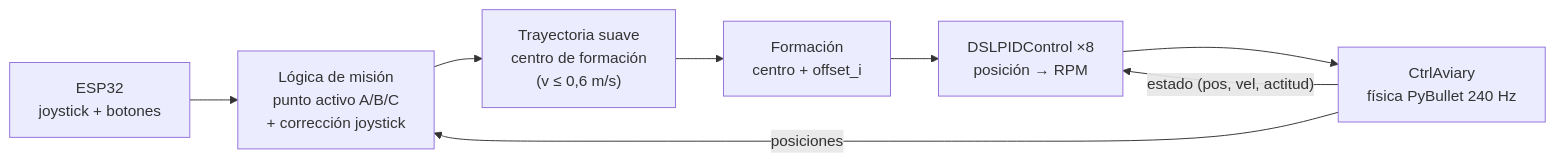
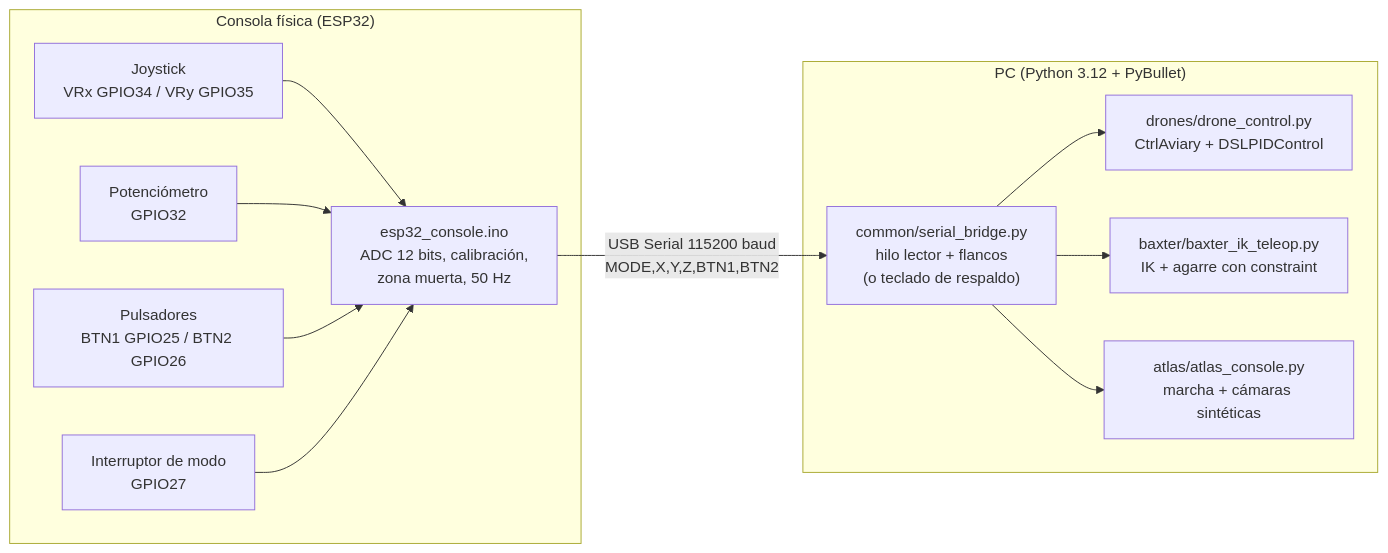
One commit to estjuandcastaneda-06/Taller-corte-2 changed the first of 2 diagrams in README.md. Above: the diagram before and after it, drawn with Mermaid. The commit also changed other lines of this file, not shown here.

````diff
--- a/README.md
+++ b/README.md
@@ -79,10 +45,23 @@
 ```mermaid
 flowchart LR
-    ESP["ESP32<br/>joystick + botones"] --> M["Lógica de misión<br/>punto activo A/B/C<br/>+ corrección joystick"]
-    M --> T["Trayectoria suave<br/>centro de formación<br/>(v ≤ 0,6 m/s)"]
-    T --> F["Formación<br/>centro + offset_i"]
-    F --> PID["DSLPIDControl ×8<br/>posición → RPM"]
-    PID --> SIM["CtrlAviary<br/>física PyBullet 240 Hz"]
-    SIM -- "estado (pos, vel, actitud)" --> PID
-    SIM -- "posiciones" --> M
+    subgraph HW["Consola física (ESP32)"]
+        J["Joystick<br/>VRx GPIO34 / VRy GPIO35"]
+        Z["Potenciómetro<br/>GPIO32"]
+        B["Pulsadores<br/>BTN1 GPIO25 / BTN2 GPIO26"]
+        M["Interruptor de modo<br/>GPIO27"]
+        FW["esp32_console.ino<br/>ADC 12 bits, calibración,<br/>zona muerta, 50 Hz"]
+        J --> FW
+        Z --> FW
+        B --> FW
+        M --> FW
+    end
+
+    FW -- "USB Serial 115200 baud<br/>MODE,X,Y,Z,BTN1,BTN2" --> SB
+
+    subgraph PC["PC (Python 3.12 + PyBullet)"]
+        SB["common/serial_bridge.py<br/>hilo lector + flancos<br/>(o teclado de respaldo)"]
+        SB --> D["drones/drone_control.py<br/>CtrlAviary + DSLPIDControl"]
+        SB --> BX["baxter/baxter_ik_teleop.py<br/>IK + agarre con constraint"]
+        SB --> AT["atlas/atlas_console.py<br/>marcha + cámaras sintéticas"]
+    end
 ```
````
